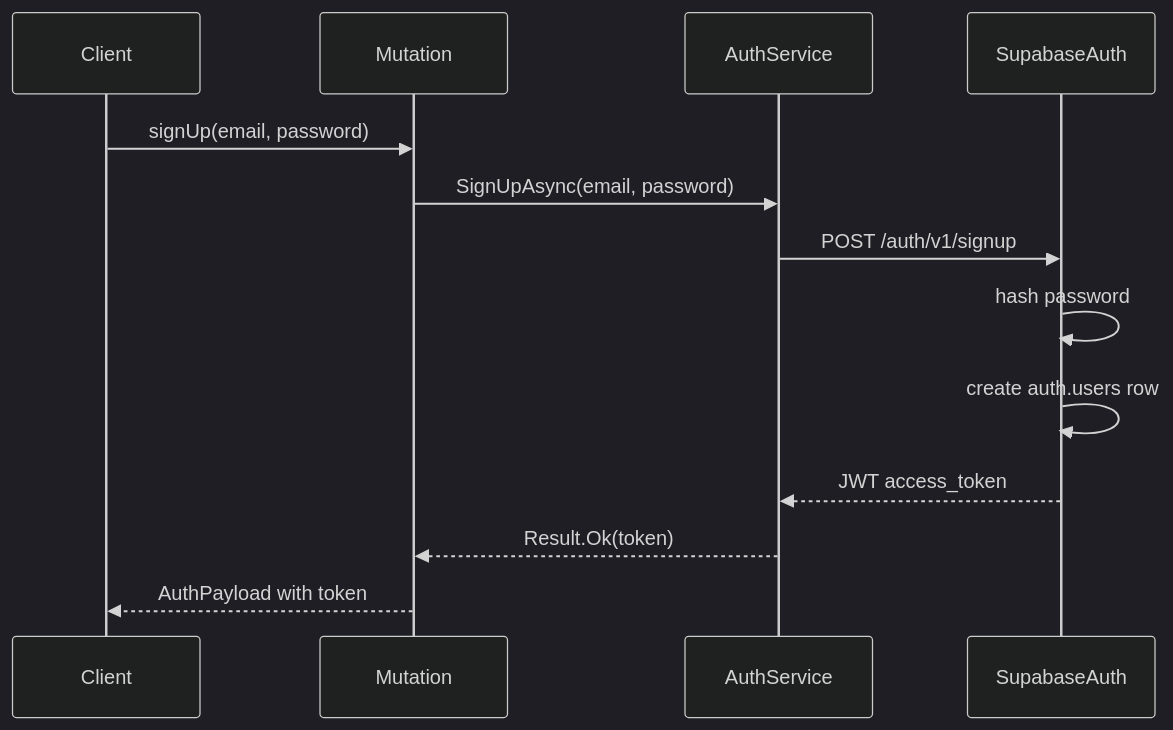
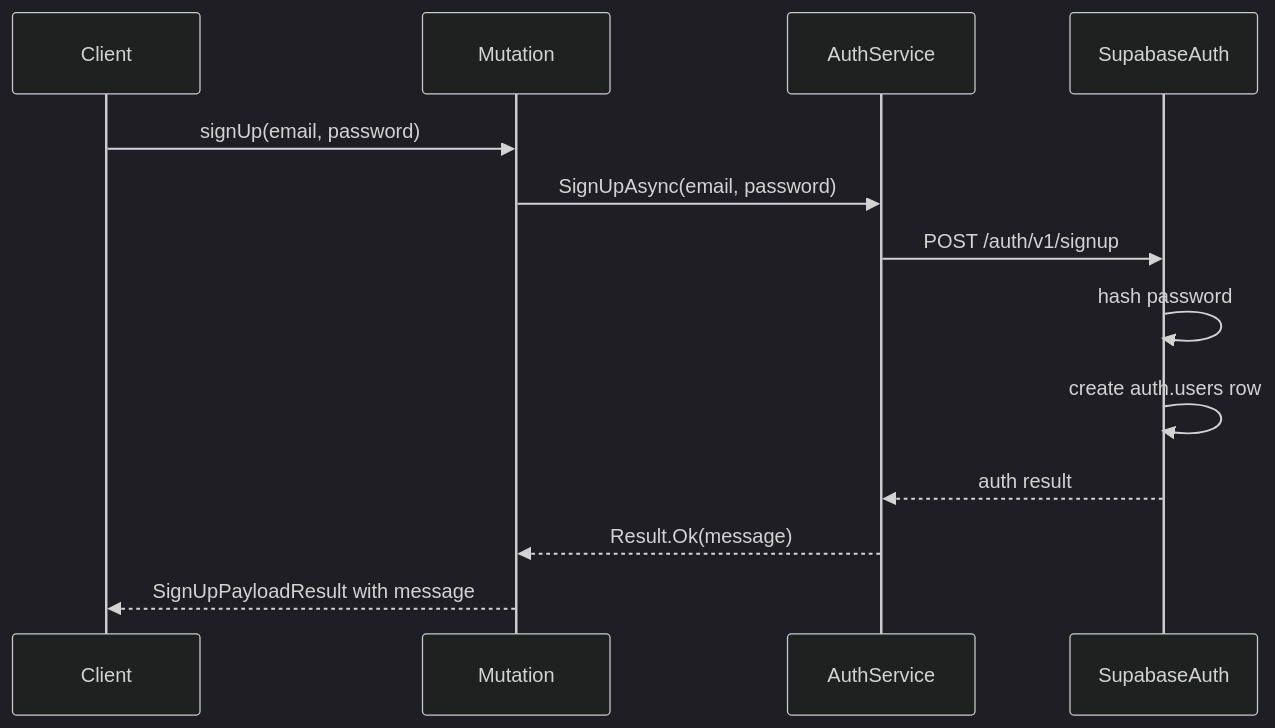
Before and after one commit to dev-personal-projects/vela: the fourth of 12 diagrams in docs/phases/PHASE-4-graphql-api.md, drawn with Mermaid (dark theme). The commit also changed other lines of this file and 7 other files, not shown here.

First line of the commit message:
✨ feat: enhance GraphQL queries with filtering options

````diff
--- a/docs/phases/PHASE-4-graphql-api.md
+++ b/docs/phases/PHASE-4-graphql-api.md
@@ -109,16 +122,16 @@
 ```mermaid
 sequenceDiagram
     participant Client
     participant Mutation
     participant AuthService
     participant SupabaseAuth
 
     Client->>Mutation: signUp(email, password)
     Mutation->>AuthService: SignUpAsync(email, password)
     AuthService->>SupabaseAuth: POST /auth/v1/signup
     SupabaseAuth->>SupabaseAuth: hash password
     SupabaseAuth->>SupabaseAuth: create auth.users row
-    SupabaseAuth-->>AuthService: JWT access_token
-    AuthService-->>Mutation: Result.Ok(token)
-    Mutation-->>Client: AuthPayload with token
+    SupabaseAuth-->>AuthService: auth result
+    AuthService-->>Mutation: Result.Ok(message)
+    Mutation-->>Client: SignUpPayloadResult with message
 ```
````
